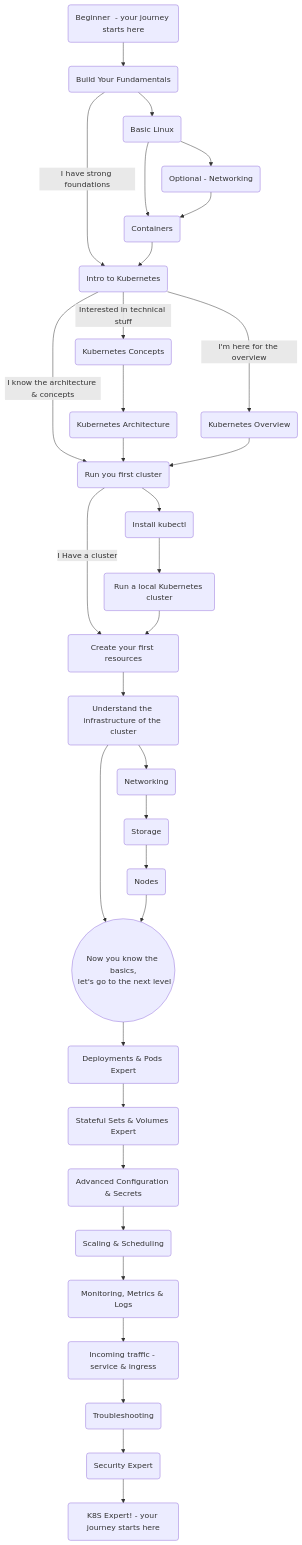
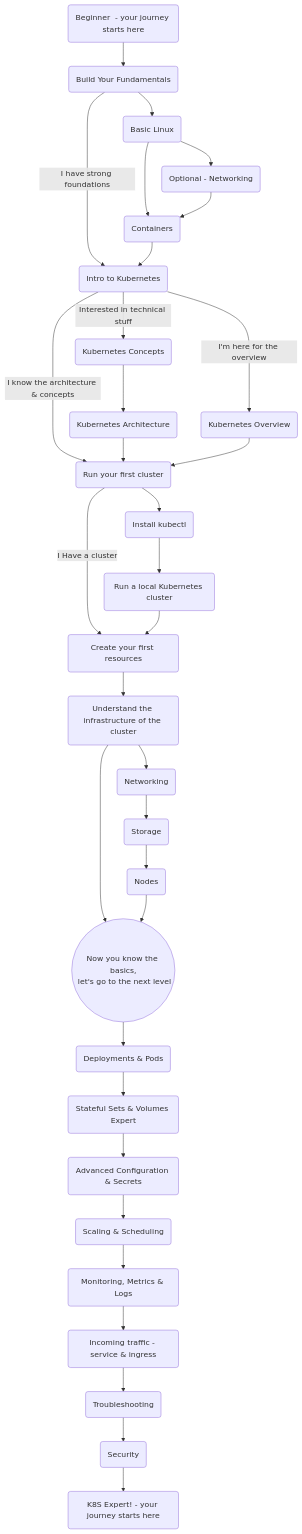
Before and after one commit to guymenahem/the-kubernetes-journey: the diagram in README.md, drawn with Mermaid. The commit also changed 14 other files, not shown here.

```diff
--- a/README.md
+++ b/README.md
@@ -42,15 +42,19 @@
         k8s-intro -- I know the architecture & concepts --> k8s-first-run
 
             k8s-concepts(Kubernetes Concepts) --> k8s-arch
+            click k8s-concepts "https://github.com/guymenahem/the-kubernetes-journey/tree/main/Beginner/k8s-concepts"
             
             
             k8s-arch(Kubernetes Architecture) --> k8s-first-run
+            click k8s-arch "https://github.com/guymenahem/the-kubernetes-journey/tree/main/Beginner/k8s-architecture"
             
 
             k8s-overview(Kubernetes Overview)
+            click k8s-overview "https://github.com/guymenahem/the-kubernetes-journey/tree/main/Intros/k8s-overview"
             k8s-overview --> k8s-first-run
 
-        k8s-first-run(Run you first cluster)
+        k8s-first-run(Run your first cluster)
+        click k8s-first-run "https://github.com/guymenahem/the-kubernetes-journey/tree/main/Intros/run-first-cluster"
         k8s-first-run -- I Have a cluster --> k8s-first-resources
         k8s-first-run --> kubectl
         
@@ -60,13 +64,16 @@
             kubectl --> k8s-local
 
             k8s-local(Run a local Kubernetes cluster)
+            click k8s-local "https://github.com/guymenahem/the-kubernetes-journey/tree/main/Beginner/install-kubectl"
             k8s-local --> k8s-first-resources
 
 
         k8s-first-resources(Create your first resources)
+        click k8s-first-resources "https://github.com/guymenahem/the-kubernetes-journey/tree/main/Beginner/run-first-resources"
         k8s-first-resources --> k8s-infra
 
         k8s-infra(Understand the infrastructure of the cluster)
+        click k8s-infra "https://github.com/guymenahem/the-kubernetes-journey/tree/main/Intros/understand-cluster-infra"
         k8s-infra --> k8s-networking
         k8s-infra --> k8s-basic-finish
 
@@ -80,30 +87,39 @@
             k8s-nodes --> k8s-basic-finish
 
         k8s-basic-finish((Now you know the basics,\n let's go to the next level))
-        k8s-basic-finish --> deployment-expert
+        click k8s-basic-finish "https://github.com/guymenahem/the-kubernetes-journey/tree/main/Intros/k8s-basic-finish"
+        k8s-basic-finish --> deployment-and-pods
 
-        deployment-expert(Deployments & Pods Expert)
-        deployment-expert --> stateful-expert
+        deployment-and-pods(Deployments & Pods)
+        click deployment-expert "https://github.com/guymenahem/the-kubernetes-journey/tree/main/Intermediate/deployments-and-pods"
+        deployment-and-pods --> stateful-and-volumes
 
-        stateful-expert(Stateful Sets & Volumes Expert)
-        stateful-expert --> advanced-configuration
+        stateful-and-volumes(Stateful Sets & Volumes Expert)
+        click stateful-and-volumes "https://github.com/guymenahem/the-kubernetes-journey/tree/main/Intermediate/stateful-and-volumes"
+        stateful-and-volumes --> advanced-configuration
 
         advanced-configuration(Advanced Configuration & Secrets)
+        click advanced-configuration "https://github.com/guymenahem/the-kubernetes-journey/tree/main/Intermediate/advanced-configuration"
         advanced-configuration --> scaling-and-scheduling
 
         scaling-and-scheduling(Scaling & Scheduling)
+        click scaling-and-scheduling "https://github.com/guymenahem/the-kubernetes-journey/tree/main/Intermediate/scaling-and-scheduling"
         scaling-and-scheduling --> metrics-and-logs
 
         metrics-and-logs(Monitoring, Metrics & Logs)
+        click metrics-and-logs "https://github.com/guymenahem/the-kubernetes-journey/tree/main/Intermediate/metrics-and-logs"
         metrics-and-logs --> service-ingress
 
         service-ingress(Incoming traffic - service & ingress)
+        click service-ingress "https://github.com/guymenahem/the-kubernetes-journey/tree/main/Intermediate/service-and-ingress"
         service-ingress --> troubleshooting
 
         troubleshooting(Troubleshooting)
-        troubleshooting --> security-expert
+        click troubleshooting "https://github.com/guymenahem/the-kubernetes-journey/tree/main/Intermediate/troubleshooting"
+        troubleshooting --> security
 
-        security-expert(Security Expert) --> expert
+        security(Security) --> expert
+        click security "https://github.com/guymenahem/the-kubernetes-journey/tree/main/Intermediate/security"
 
         
         expert(K8S Expert! - your journey starts here)
```
